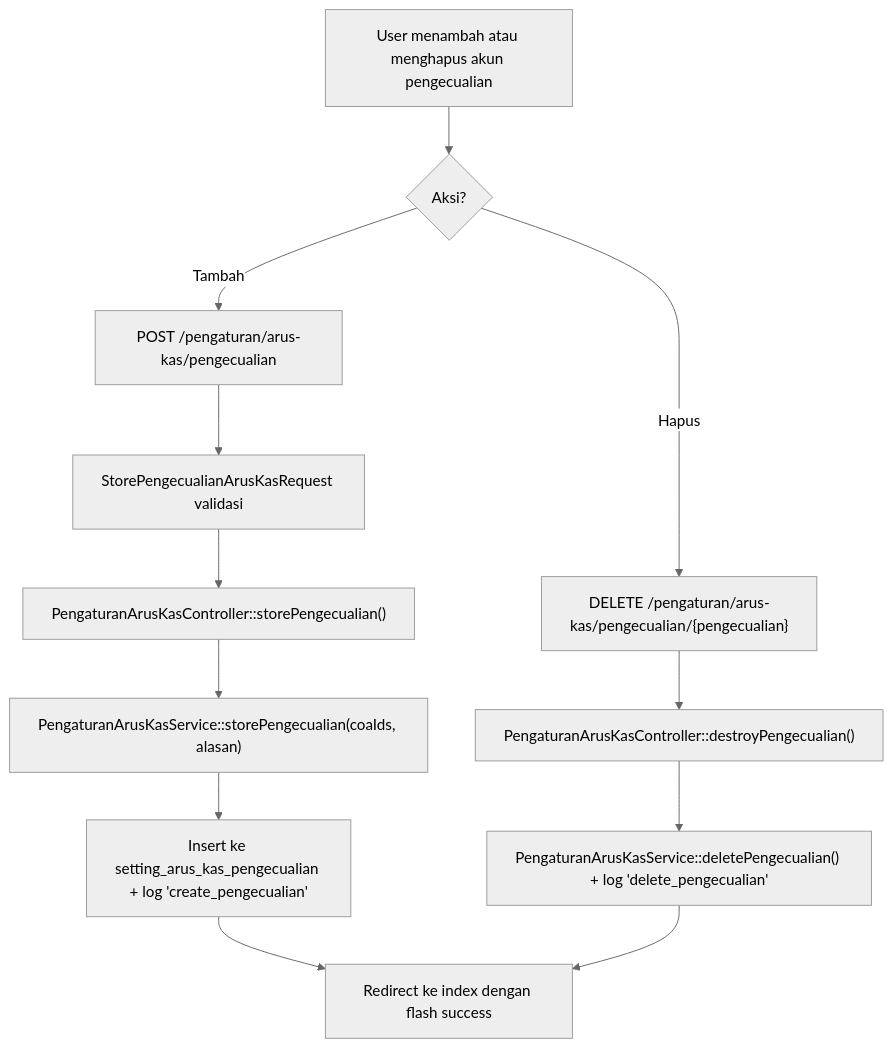
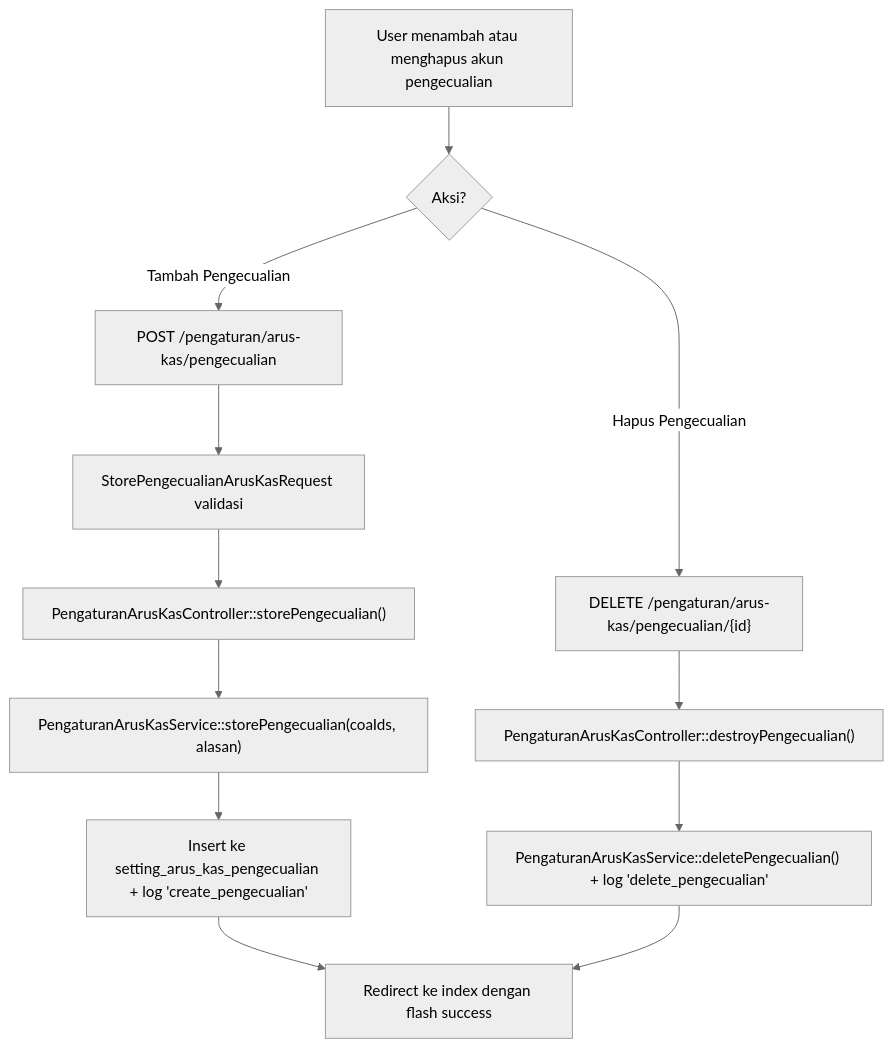
The sixth of 6 diagrams in dokumentasi/pengaturan-arus-kas.md (AltamaSidoarjo/laravel-siakurat-pt-smt), drawn with Mermaid (neutral theme) before and after one commit. The commit also changed other lines of this file and 1 other file, not shown here.

Commit message:
docs(arus-kas): update documentation for pengaturan arus kas and referensi kelompok arus kas

````diff
--- a/dokumentasi/pengaturan-arus-kas.md
+++ b/dokumentasi/pengaturan-arus-kas.md
@@ -316,14 +389,14 @@
 ```mermaid
 flowchart TD
     A["User menambah atau menghapus akun pengecualian"] --> B{"Aksi?"}
-    B -- Tambah --> C["POST /pengaturan/arus-kas/pengecualian"]
+    B -- Tambah Pengecualian --> C["POST /pengaturan/arus-kas/pengecualian"]
     C --> D["StorePengecualianArusKasRequest validasi"]
     D --> E["PengaturanArusKasController::storePengecualian()"]
     E --> F["PengaturanArusKasService::storePengecualian(coaIds, alasan)"]
     F --> G["Insert ke setting_arus_kas_pengecualian + log 'create_pengecualian'"]
     G --> H["Redirect ke index dengan flash success"]
-    B -- Hapus --> I["DELETE /pengaturan/arus-kas/pengecualian/{pengecualian}"]
+    B -- Hapus Pengecualian --> I["DELETE /pengaturan/arus-kas/pengecualian/{id}"]
     I --> J["PengaturanArusKasController::destroyPengecualian()"]
     J --> K["PengaturanArusKasService::deletePengecualian() + log 'delete_pengecualian'"]
     K --> H
 ```
````
